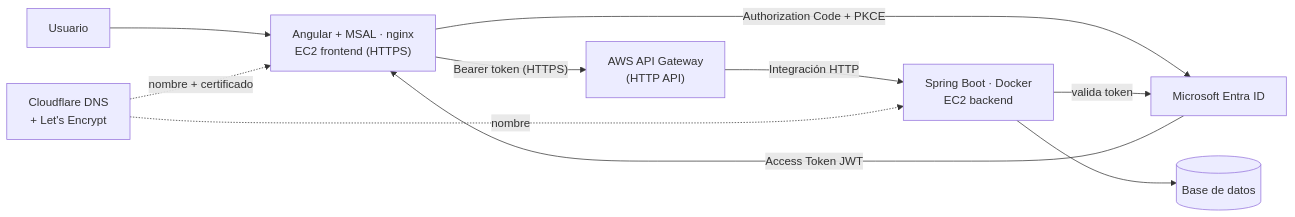
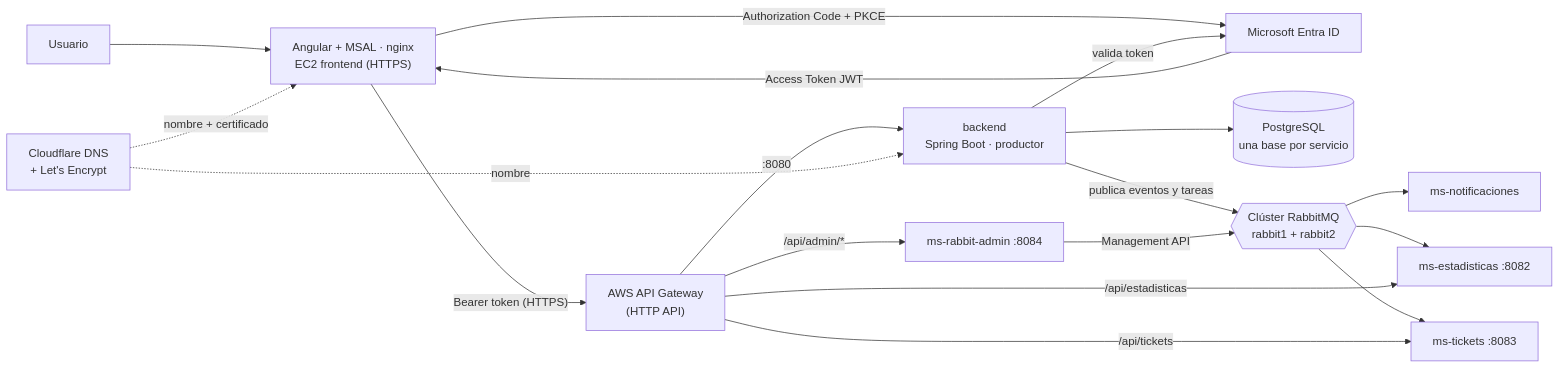
Before and after one commit to jhonnylarry/dsy1107-ep1-ecopunto: the diagram in README.md, drawn with Mermaid. The commit also changed other lines of this file, not shown here.

````diff
--- a/README.md
+++ b/README.md
@@ -34,12 +41,20 @@
 ```mermaid
 flowchart LR
     U[Usuario] --> FE["Angular + MSAL · nginx<br/>EC2 frontend (HTTPS)"]
     FE -->|"Authorization Code + PKCE"| ENTRA["Microsoft Entra ID"]
     ENTRA -->|"Access Token JWT"| FE
     FE -->|"Bearer token (HTTPS)"| GW["AWS API Gateway<br/>(HTTP API)"]
-    GW -->|"Integración HTTP"| BE["Spring Boot · Docker<br/>EC2 backend"]
+    GW -->|":8080"| BE["backend<br/>Spring Boot · productor"]
     BE -->|"valida token"| ENTRA
-    BE --> DB[("Base de datos")]
+    BE --> DB[("PostgreSQL<br/>una base por servicio")]
+    BE -->|"publica eventos y tareas"| MQ{{"Clúster RabbitMQ<br/>rabbit1 + rabbit2"}}
+    MQ --> NOTI["ms-notificaciones"]
+    MQ --> EST["ms-estadisticas :8082"]
+    MQ --> TIC["ms-tickets :8083"]
+    GW -->|"/api/estadisticas"| EST
+    GW -->|"/api/tickets"| TIC
+    GW -->|"/api/admin/*"| ADM["ms-rabbit-admin :8084"]
+    ADM -->|"Management API"| MQ
     DNS["Cloudflare DNS<br/>+ Let's Encrypt"] -.->|"nombre + certificado"| FE
     DNS -.->|"nombre"| BE
 ```
````
